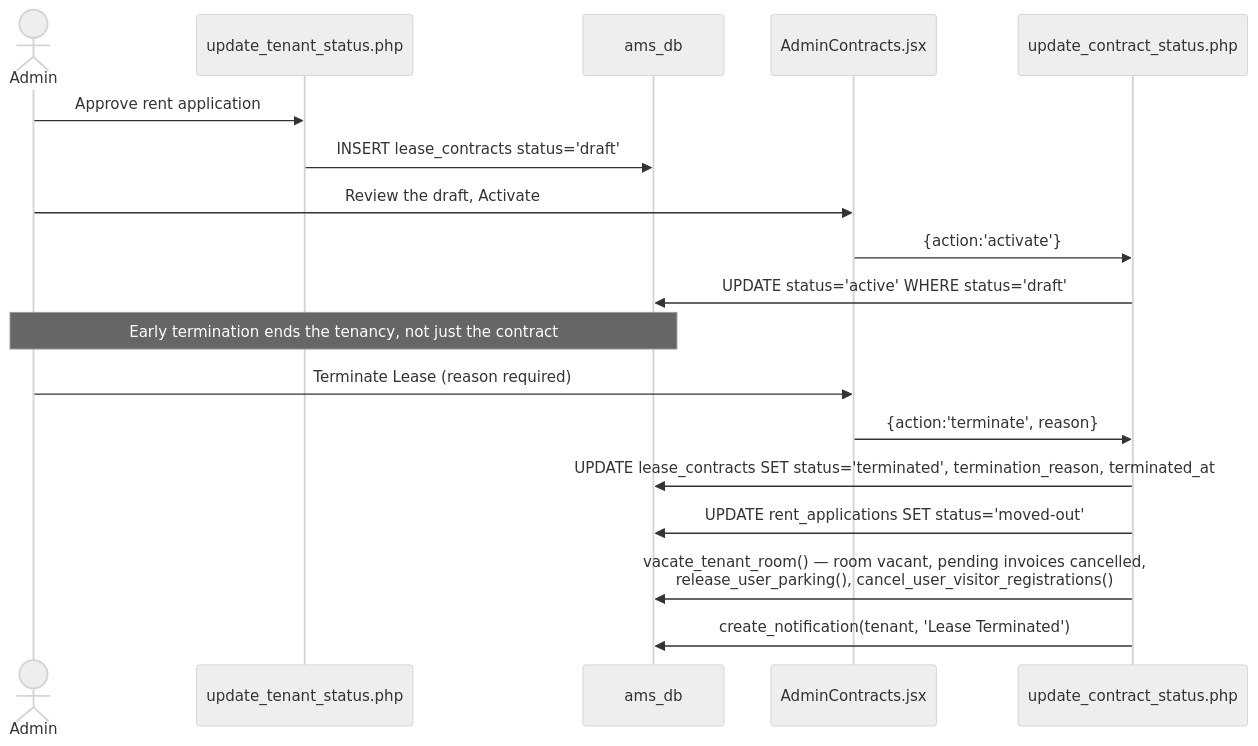
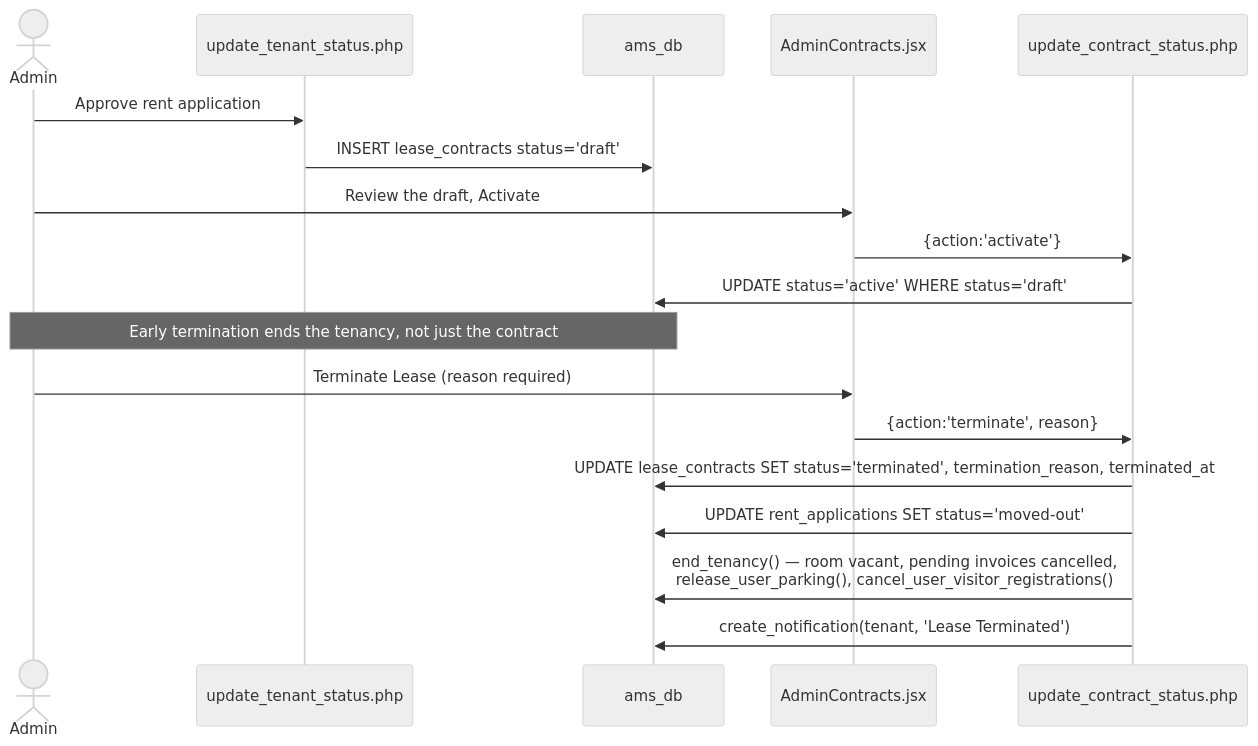
Before and after one commit to Keonbe/ApartmentManagementSystem_React: diagram 31 of 36 in docs/documentation/module_verification_guide.md, drawn with Mermaid (neutral theme). The commit also changed other lines of this file and 10 other files, not shown here.

First line of the commit message:
docs(verify): align API, schema, checklist and design docs with the code

````diff
--- a/docs/documentation/module_verification_guide.md
+++ b/docs/documentation/module_verification_guide.md
@@ -2589,22 +2589,22 @@
 ```mermaid
 sequenceDiagram
     actor A as Admin
     participant UT as update_tenant_status.php
     participant DB as ams_db
     participant AC as AdminContracts.jsx
     participant U as update_contract_status.php
 
     A->>UT: Approve rent application
     UT->>DB: INSERT lease_contracts status='draft'
     A->>AC: Review the draft, Activate
     AC->>U: {action:'activate'}
     U->>DB: UPDATE status='active' WHERE status='draft'
 
     Note over A,DB: Early termination ends the tenancy, not just the contract
     A->>AC: Terminate Lease (reason required)
     AC->>U: {action:'terminate', reason}
     U->>DB: UPDATE lease_contracts SET status='terminated', termination_reason, terminated_at
     U->>DB: UPDATE rent_applications SET status='moved-out'
-    U->>DB: vacate_tenant_room() — room vacant, pending invoices cancelled,<br/>release_user_parking(), cancel_user_visitor_registrations()
+    U->>DB: end_tenancy() — room vacant, pending invoices cancelled,<br/>release_user_parking(), cancel_user_visitor_registrations()
     U->>DB: create_notification(tenant, 'Lease Terminated')
 ```
````
